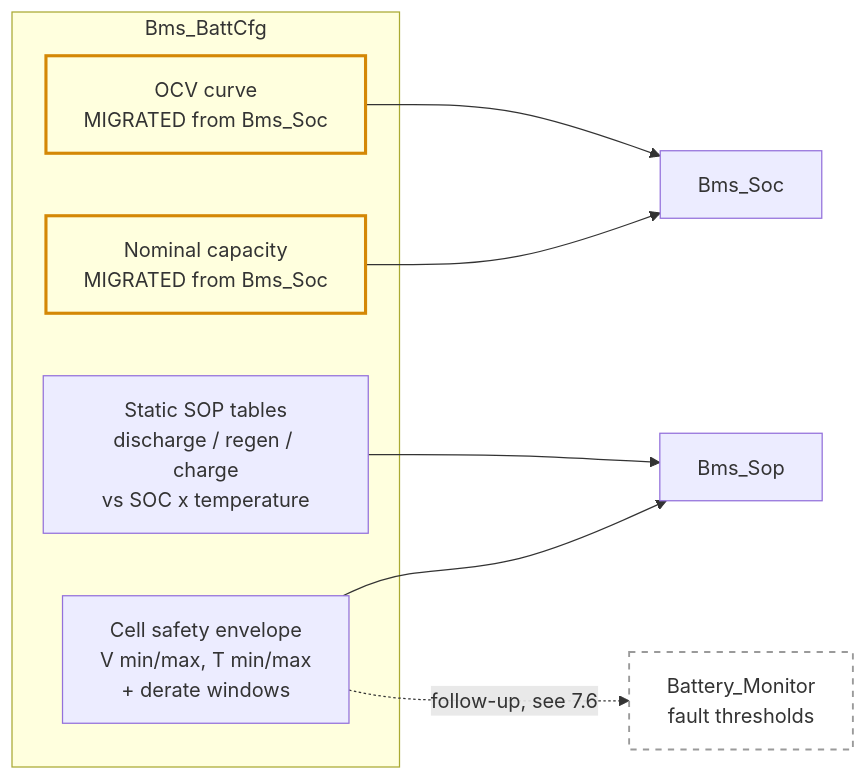
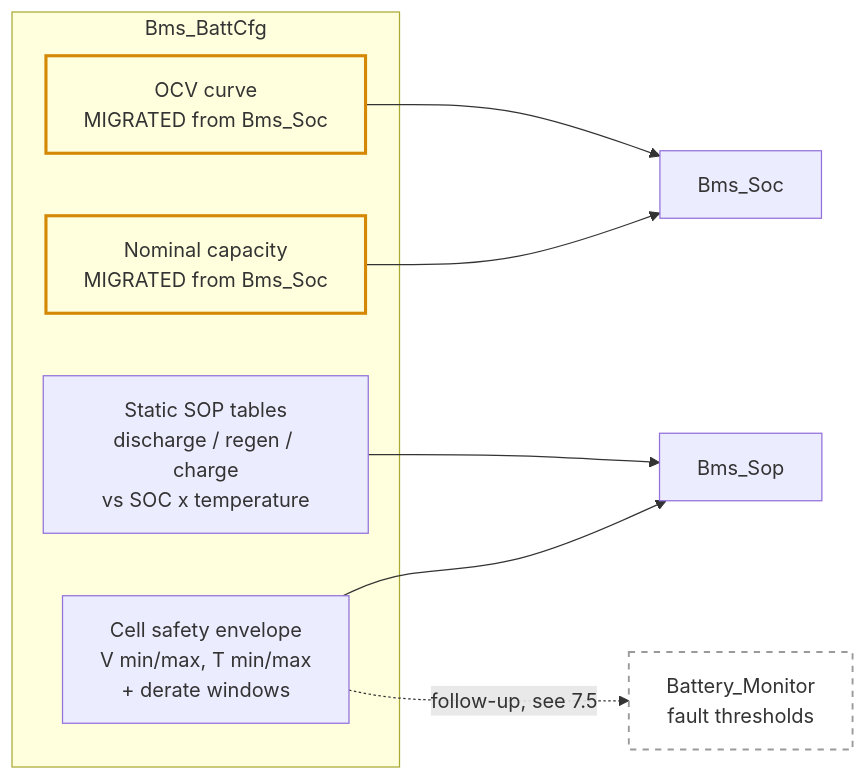
Before and after one commit to jsivolt/BMS_demo: the third of 6 diagrams in src/battery/SOP_DESIGN.md, drawn with Mermaid. The commit also changed other lines of this file, not shown here.

````diff
--- a/src/battery/SOP_DESIGN.md
+++ b/src/battery/SOP_DESIGN.md
@@ -191,20 +190,20 @@
 ```mermaid
 flowchart LR
     subgraph cfg["Bms_BattCfg"]
         CAP["Nominal capacity<br/>MIGRATED from Bms_Soc"]
         OCV["OCV curve<br/>MIGRATED from Bms_Soc"]
         ENV["Cell safety envelope<br/>V min/max, T min/max<br/>+ derate windows"]
         SOPT["Static SOP tables<br/>discharge / regen / charge<br/>vs SOC x temperature"]
     end
 
     CAP --> SOCM["Bms_Soc"]
     OCV --> SOCM
     ENV --> SOPM["Bms_Sop"]
     SOPT --> SOPM
-    ENV -.->|"follow-up, see 7.6"| BMM["Battery_Monitor<br/>fault thresholds"]
+    ENV -.->|"follow-up, see 7.5"| BMM["Battery_Monitor<br/>fault thresholds"]
 
     classDef migrated fill:transparent,stroke:#d48806,stroke-width:2.5px
     classDef later fill:transparent,stroke:#9a9a9a,stroke-width:1.5px,stroke-dasharray:5
     class CAP,OCV migrated
     class BMM later
 ```
````
